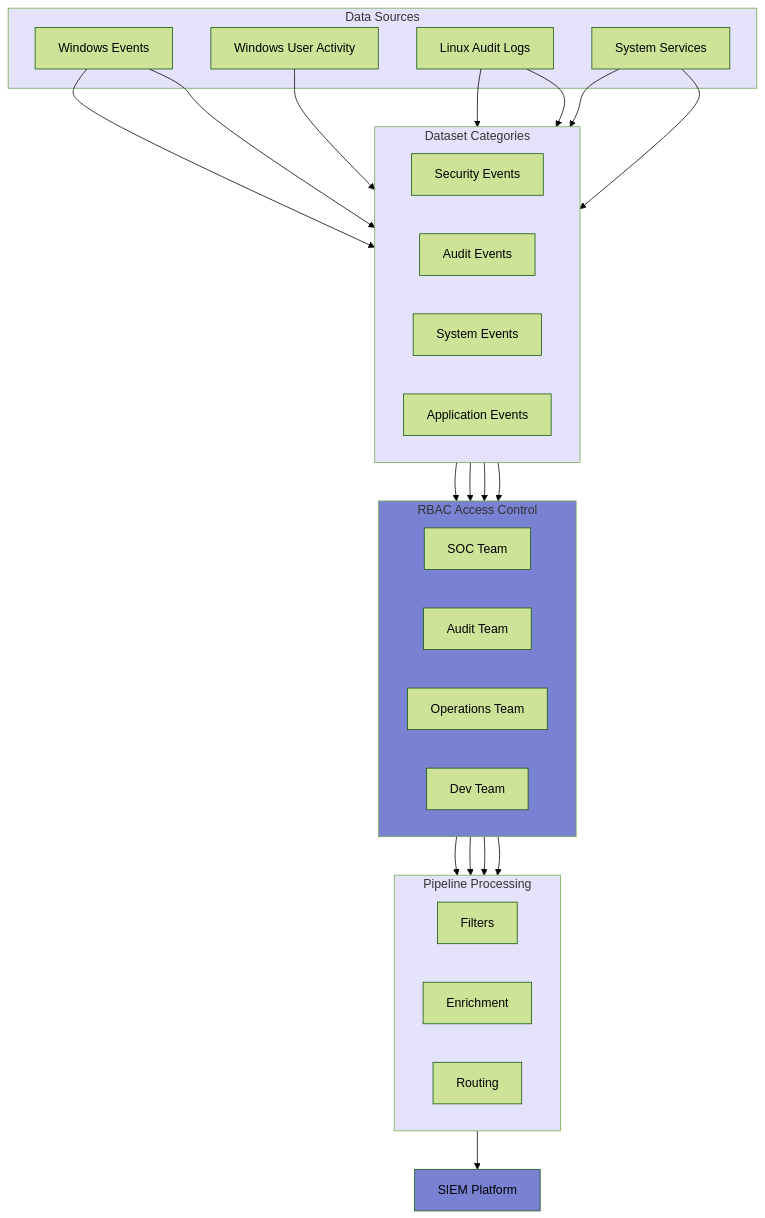
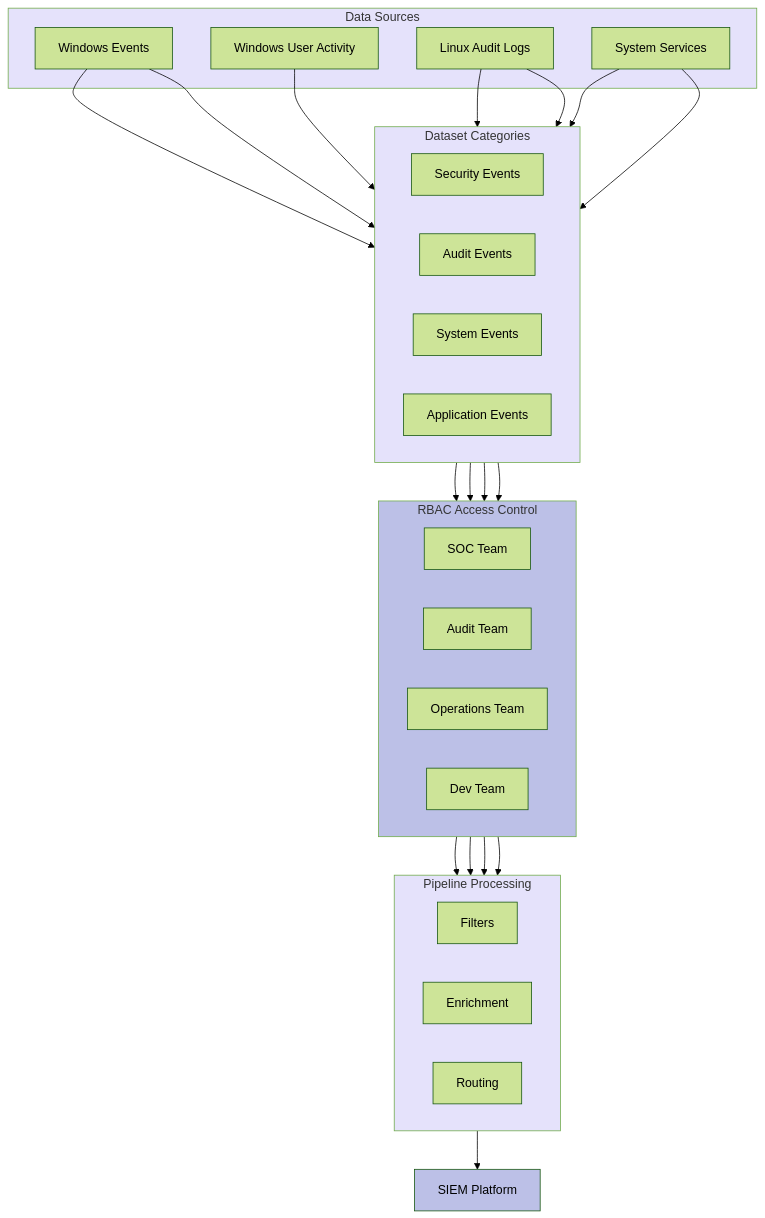
Before and after one commit to VirtualMetric/virtualmetric-docs: the fourth of 8 diagrams in docs/about/key-features.mdx, drawn with Mermaid (forest theme). The commit also changed other lines of this file and 7 other files, not shown here.

````diff
--- a/docs/about/key-features.mdx
+++ b/docs/about/key-features.mdx
@@ -146,51 +146,51 @@
 ```mermaid
 flowchart TD
     subgraph DataSources[Data Sources]
         WE[Windows Events]
         WU[Windows User Activity]
         LA[Linux Audit Logs]
         SS[System Services]
     end
 
     subgraph Datasets[Dataset Categories]
         direction LR
         SEC[Security Events]
         AUD[Audit Events]
         SYS[System Events]
         APP[Application Events]
     end
 
     subgraph Access[RBAC Access Control]
         direction LR
         SOC[SOC Team]
         AUD_T[Audit Team]
         OPS[Operations Team]
         DEV[Dev Team]
     end
 
     WE --> SEC & SYS
     WU --> AUD
     LA --> SEC & AUD
     SS --> APP & SYS
 
     SEC --> SOC
     AUD --> AUD_T
     SYS --> OPS
     APP --> DEV
 
     subgraph Pipeline[Pipeline Processing]
         direction LR
         F[Filters]
         E[Enrichment]
         R[Routing]
     end
 
     SOC & AUD_T & OPS & DEV --> Pipeline
     Pipeline --> SIEM[SIEM Platform]
 
     style DataSources fill:#E5E2FB
     style Datasets fill:#E5E2FB
-    style Access fill:#7982D2
+    style Access fill:#BCC0E7
     style Pipeline fill:#E5E2FB
-    style SIEM fill:#7982D2
+    style SIEM fill:#BCC0E7
 ```
````
